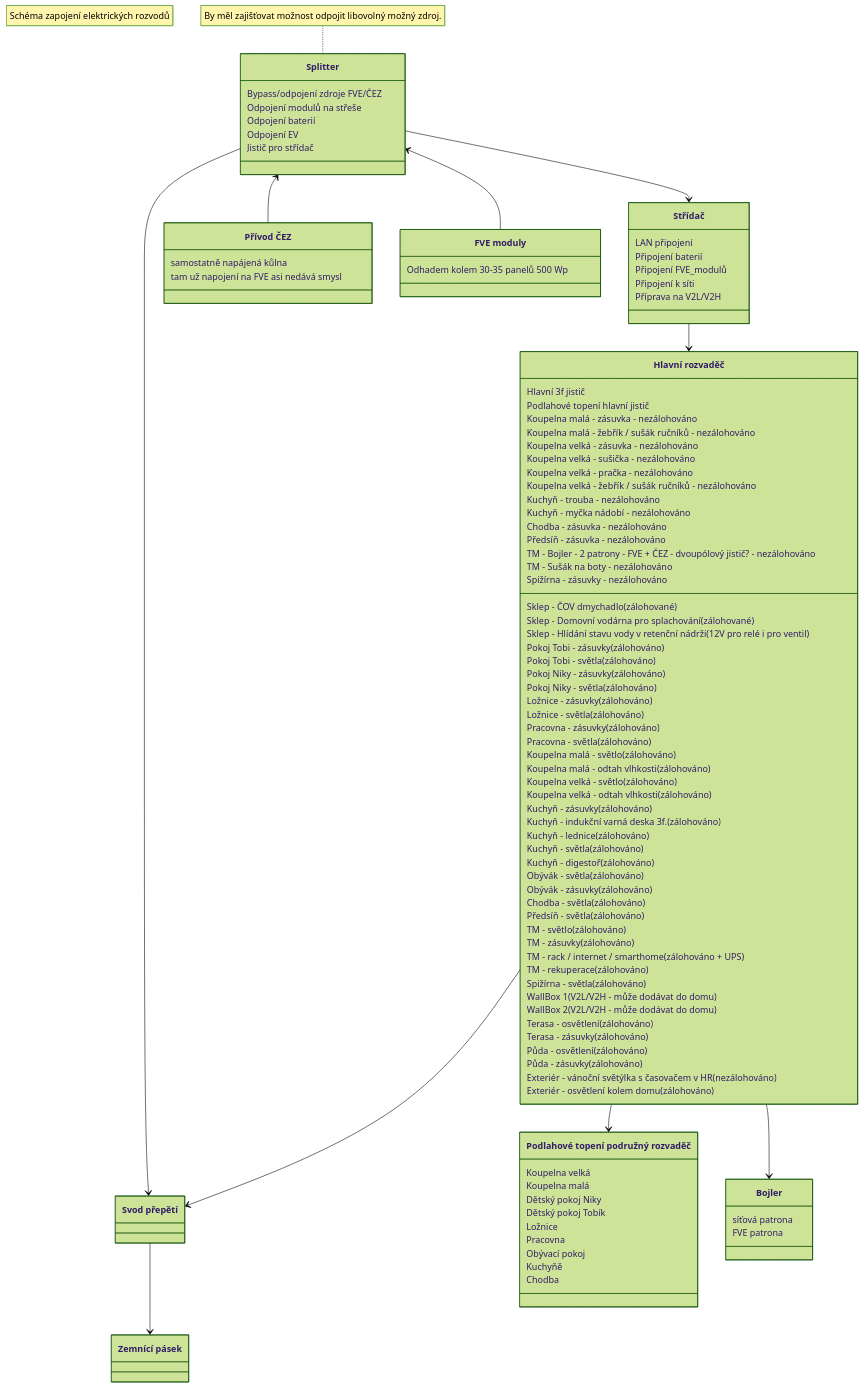
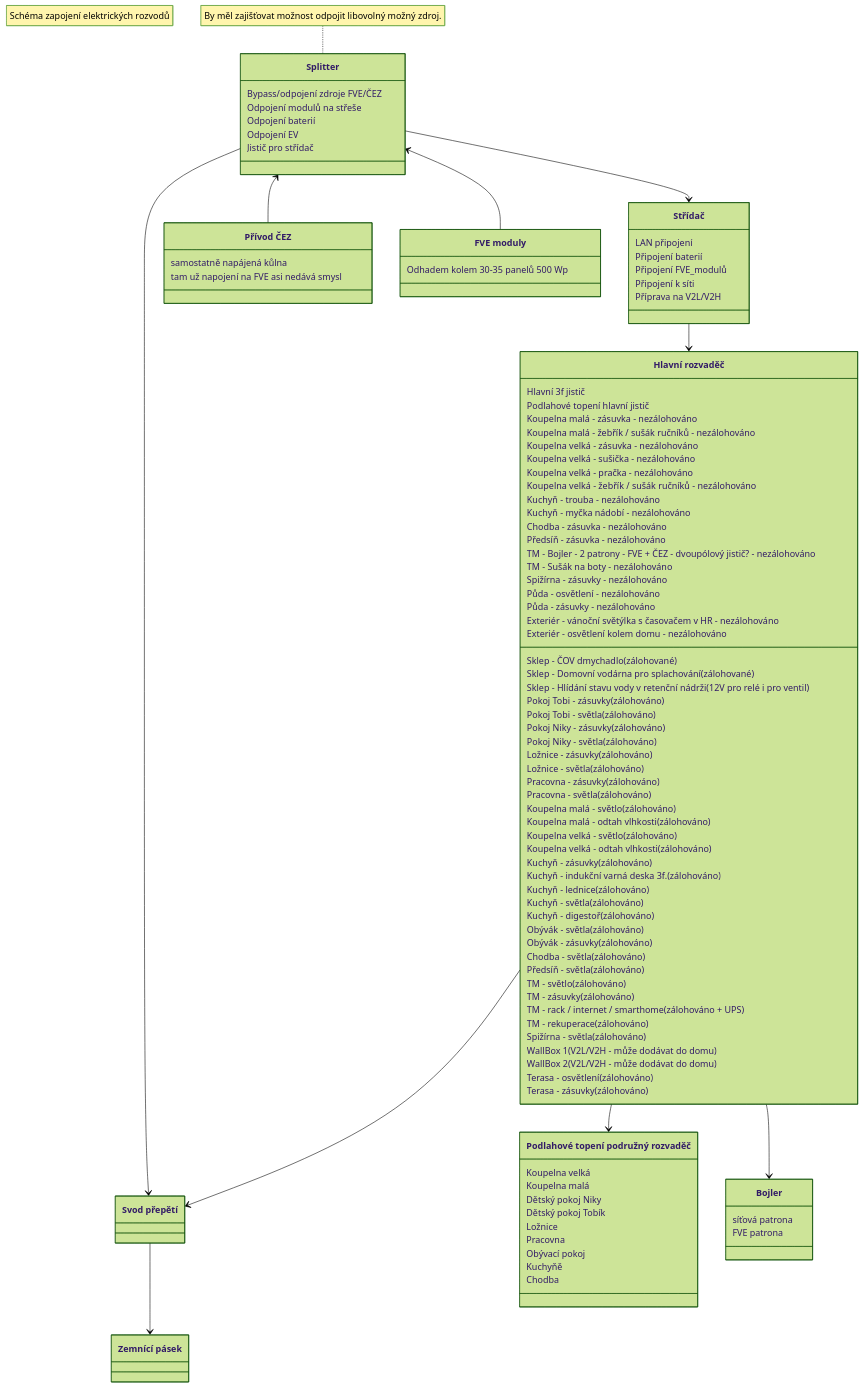
Before and after one commit to mtrakal/smrci: the first of 2 diagrams in Elektrika.md, drawn with Mermaid (forest theme).

Commit message:
Světla exterier a půda nezálohována

```diff
--- a/Elektrika.md
+++ b/Elektrika.md
@@ -118,11 +118,11 @@
     Terasa - osvětlení (zálohováno)
     Terasa - zásuvky (zálohováno)
     
-    Půda - osvětlení (zálohováno)
-    Půda - zásuvky (zálohováno)
+    Půda - osvětlení - nezálohováno
+    Půda - zásuvky - nezálohováno
     
-    Exteriér - vánoční světýlka s časovačem v HR (nezálohováno) 
-    Exteriér - osvětlení kolem domu (zálohováno)
+    Exteriér - vánoční světýlka s časovačem v HR - nezálohováno 
+    Exteriér - osvětlení kolem domu - nezálohováno
   }
   
   class ZemnicíPásek["Zemnící pásek"]
```
